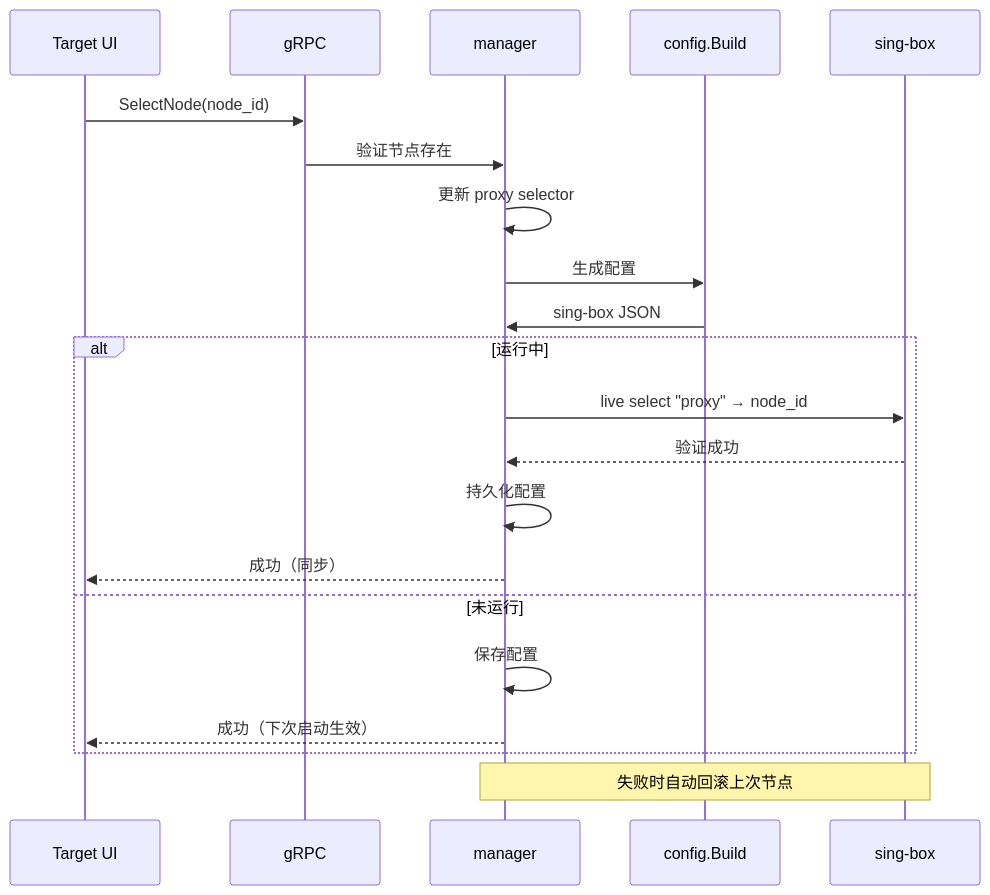
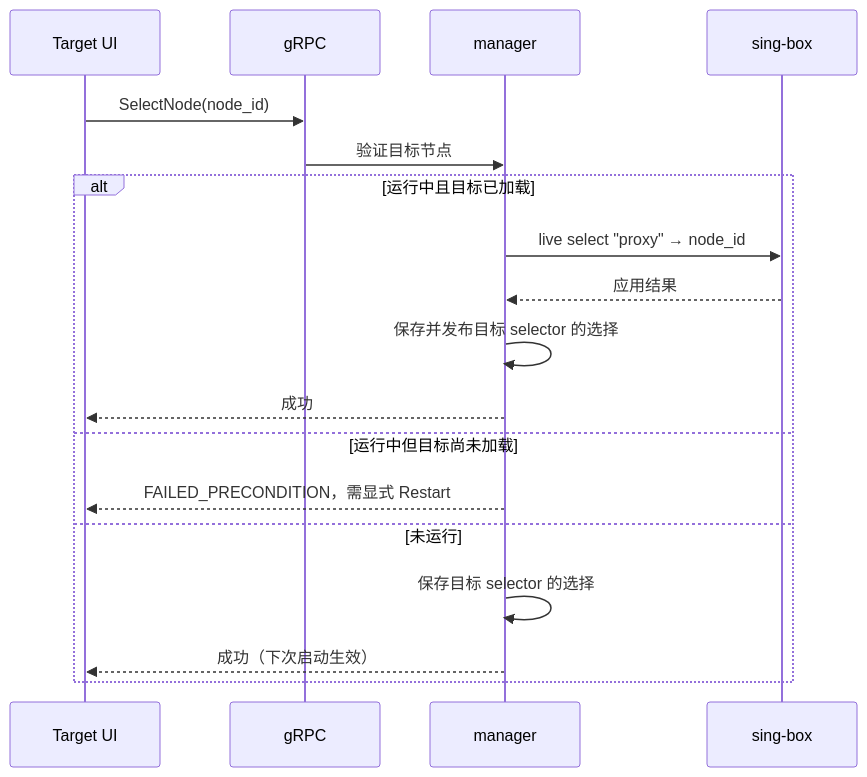
The third of 5 diagrams in docs/DESIGN.md (TargetProxy/TargetLib), drawn with Mermaid before and after one commit. The commit also changed other lines of this file and 40 other files, not shown here.

````diff
--- a/docs/DESIGN.md
+++ b/docs/DESIGN.md
@@ -85,26 +89,21 @@
 ```mermaid
 sequenceDiagram
     participant UI as Target UI
     participant RPC as gRPC
     participant M as manager
-    participant C as config.Build
     participant B as sing-box
 
     UI->>RPC: SelectNode(node_id)
-    RPC->>M: 验证节点存在
-    M->>M: 更新 proxy selector
-    M->>C: 生成配置
-    C->>M: sing-box JSON
-    
-    alt 运行中
+    RPC->>M: 验证目标节点
+    alt 运行中且目标已加载
         M->>B: live select "proxy" → node_id
-        B-->>M: 验证成功
-        M->>M: 持久化配置
-        M-->>UI: 成功（同步）
+        B-->>M: 应用结果
+        M->>M: 保存并发布目标 selector 的选择
+        M-->>UI: 成功
+    else 运行中但目标尚未加载
+        M-->>UI: FAILED_PRECONDITION，需显式 Restart
     else 未运行
-        M->>M: 保存配置
+        M->>M: 保存目标 selector 的选择
         M-->>UI: 成功（下次启动生效）
     end
-    
-    Note over M,B: 失败时自动回滚上次节点
 ```
````
